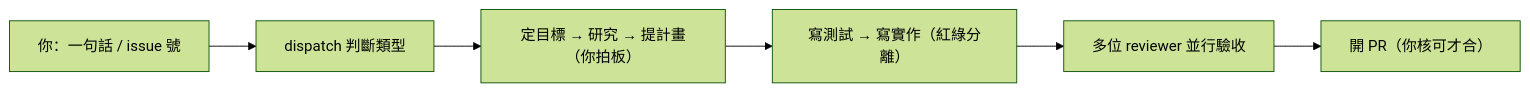
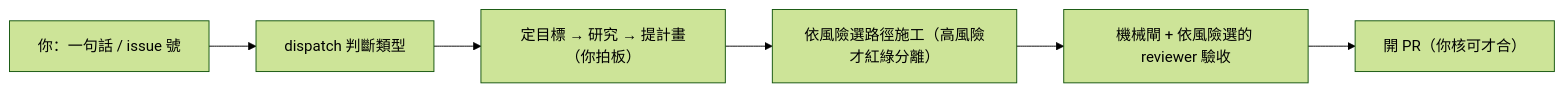
The first of 4 diagrams in plugins/loops-workflow/docs/FLOW.md (adha9990/dev-workflows), drawn with Mermaid (forest theme) before and after one commit. The commit also changed other lines of this file and 39 other files, not shown here.

````diff
--- a/plugins/loops-workflow/docs/FLOW.md
+++ b/plugins/loops-workflow/docs/FLOW.md
@@ -15,8 +15,8 @@
 ```mermaid
 flowchart LR
     A["你：一句話 / issue 號"] --> B["dispatch 判斷類型"]
     B --> C["定目標 → 研究 → 提計畫（你拍板）"]
-    C --> D["寫測試 → 寫實作（紅綠分離）"]
-    D --> E["多位 reviewer 並行驗收"]
+    C --> D["依風險選路徑施工（高風險才紅綠分離）"]
+    D --> E["機械閘 + 依風險選的 reviewer 驗收"]
     E --> F["開 PR（你核可才合）"]
 ```
````
